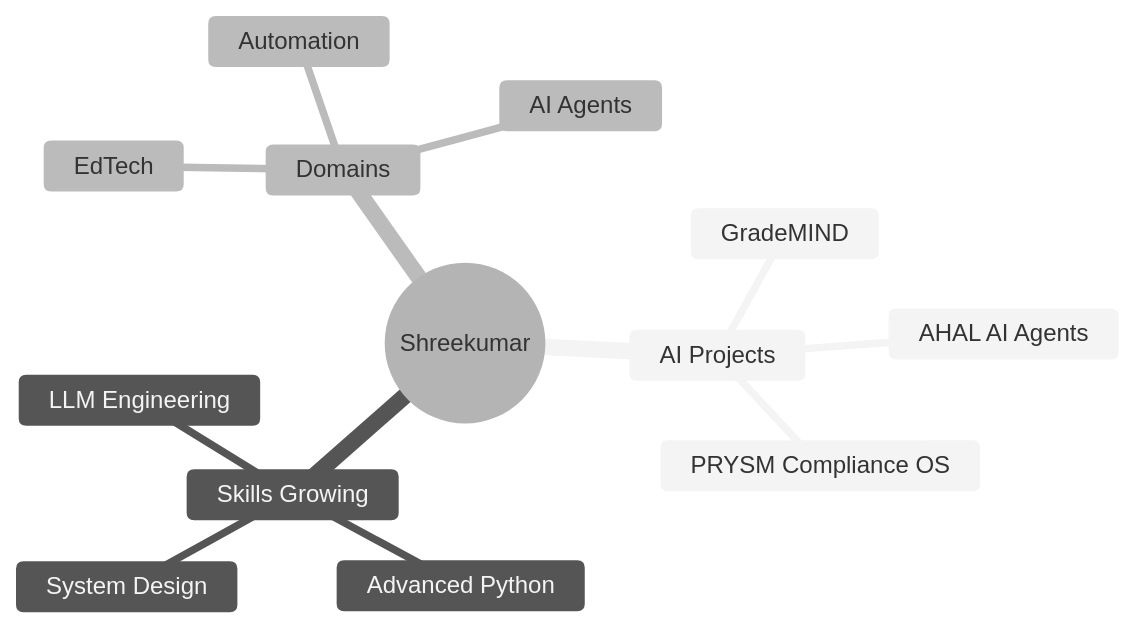
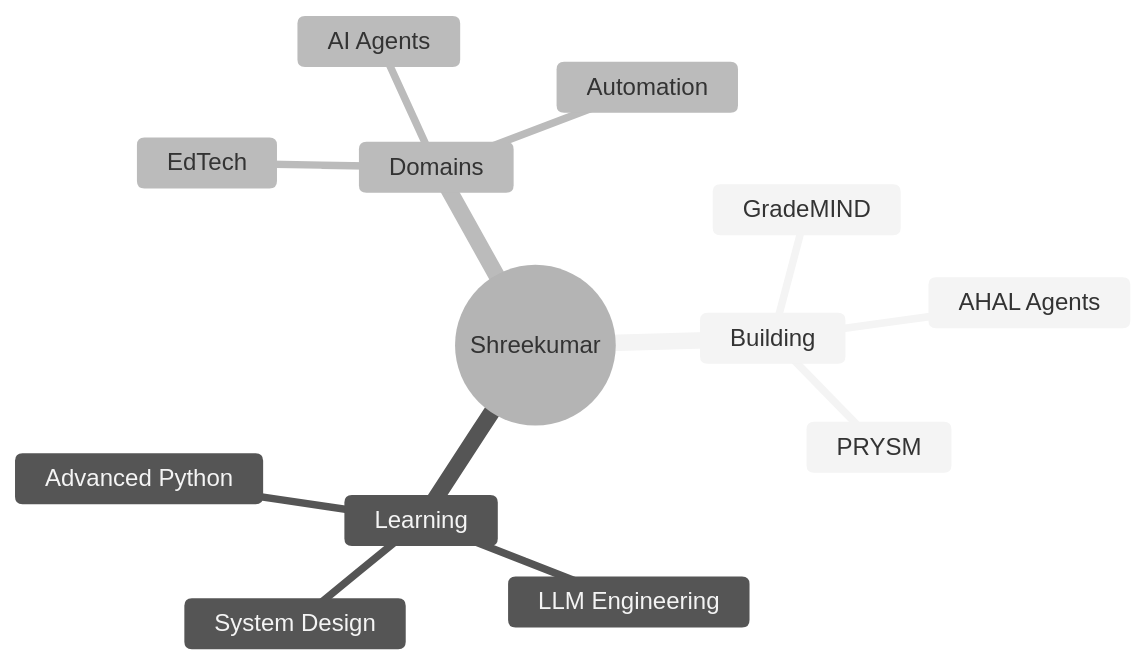
Before and after one commit to bsrikumar855-dot/bsrikumar855-dot: the diagram in README.md, drawn with Mermaid (neutral theme). The commit also changed other lines of this file, not shown here.

````diff
--- a/README.md
+++ b/README.md
@@ -174,16 +177,16 @@
 ```mermaid
 mindmap
   root((Shreekumar))
-    AI Projects
+    Building
       GradeMIND
-      AHAL AI Agents
-      PRYSM Compliance OS
-    Skills Growing
+      AHAL Agents
+      PRYSM
+    Learning
       System Design
+      LLM Engineering
       Advanced Python
-      LLM Engineering
     Domains
       EdTech
+      AI Agents
       Automation
-      AI Agents
 ```
````
